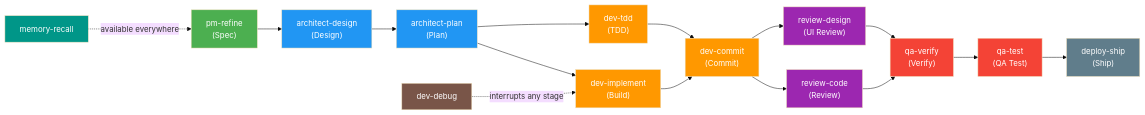
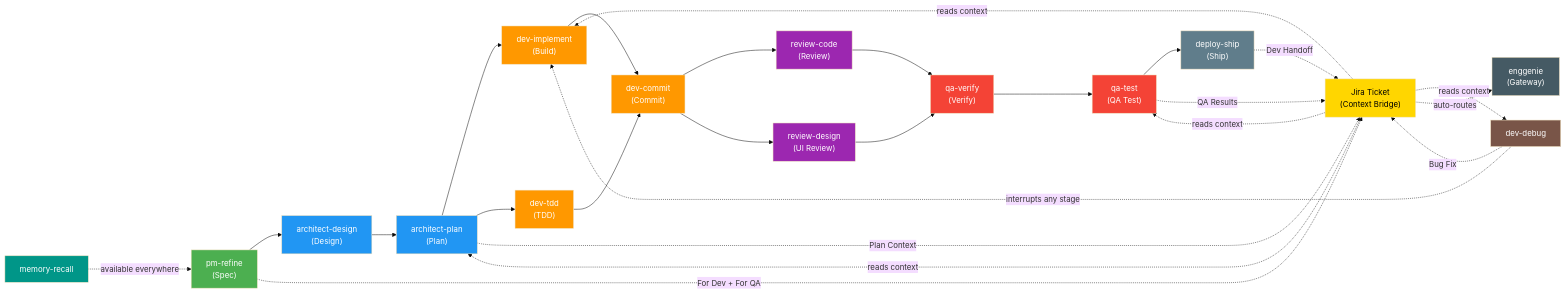
One commit to badrusiddique/enggenie-skill changed the diagram in README.md. Above: the diagram before and after it, drawn with Mermaid (base theme). The commit also changed other lines of this file and 1 other file, not shown here.

First line of the commit message:
docs: update README and how-it-works for v2.5-2.6 Jira handoffs and unified artifacts

````diff
--- a/README.md
+++ b/README.md
@@ -240,32 +276,46 @@
 ```mermaid
 flowchart LR
     PM["pm-refine\n(Spec)"] --> AD["architect-design\n(Design)"]
     AD --> AP["architect-plan\n(Plan)"]
     AP --> DI["dev-implement\n(Build)"]
     AP --> DT["dev-tdd\n(TDD)"]
     DI --> DC["dev-commit\n(Commit)"]
     DT --> DC
     DC --> RC["review-code\n(Review)"]
     DC --> RD["review-design\n(UI Review)"]
     RC --> QV["qa-verify\n(Verify)"]
     RD --> QV
     QV --> QT["qa-test\n(QA Test)"]
     QT --> DS["deploy-ship\n(Ship)"]
 
     DB["dev-debug"] -.->|interrupts any stage| DI
     MR["memory-recall"] -.->|available everywhere| PM
 
+    JIRA["Jira Ticket\n(Context Bridge)"]
+    PM -.->|For Dev + For QA| JIRA
+    AP -.->|Plan Context| JIRA
+    DS -.->|Dev Handoff| JIRA
+    QT -.->|QA Results| JIRA
+    DB -.->|Bug Fix| JIRA
+    JIRA -.->|reads context| AP
+    JIRA -.->|reads context| DI
+    JIRA -.->|reads context| QT
+    JIRA -.->|reads context| DB
+    JIRA -.->|auto-routes| GW["enggenie\n(Gateway)"]
+
     style PM fill:#4CAF50,color:#fff
     style AD fill:#2196F3,color:#fff
     style AP fill:#2196F3,color:#fff
     style DI fill:#FF9800,color:#fff
     style DT fill:#FF9800,color:#fff
     style DC fill:#FF9800,color:#fff
     style RC fill:#9C27B0,color:#fff
     style RD fill:#9C27B0,color:#fff
     style QV fill:#F44336,color:#fff
     style QT fill:#F44336,color:#fff
     style DS fill:#607D8B,color:#fff
     style DB fill:#795548,color:#fff
     style MR fill:#009688,color:#fff
+    style JIRA fill:#FFD600,color:#000
+    style GW fill:#455A64,color:#fff
 ```
````
